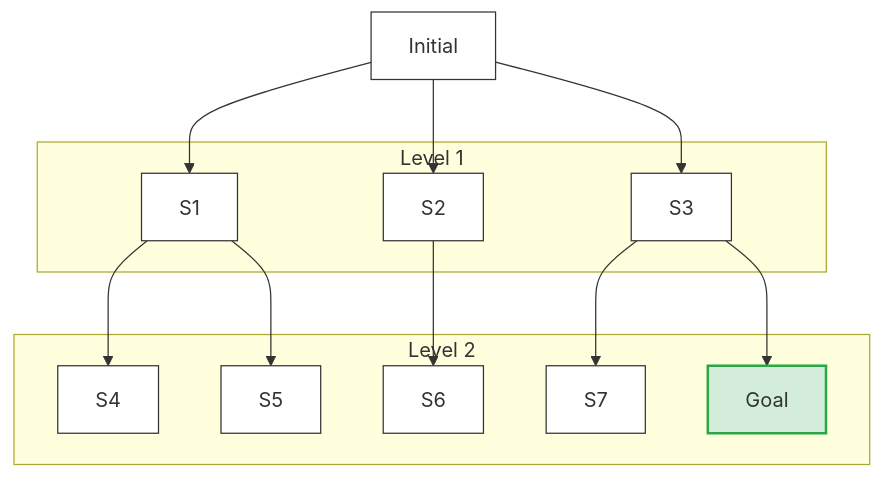
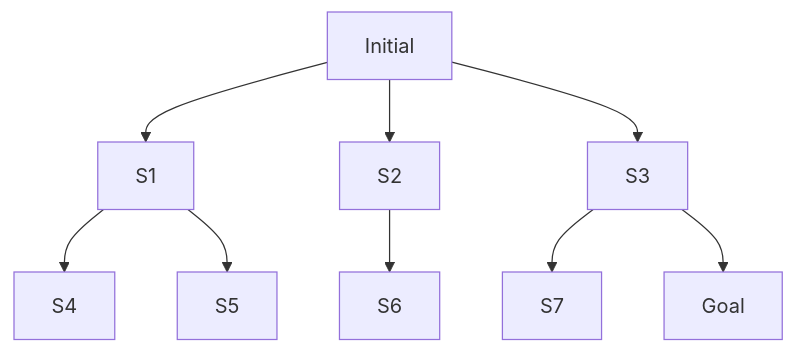
Before and after one commit to antonprafanto/dasarAI2026: the second of 5 diagrams in bab-02-algoritma.md, drawn with Mermaid. The commit also changed other lines of this file, not shown here.

Commit message:
Fix: Simplify Search Tree diagram - remove subgraphs and classDef

````diff
--- a/bab-02-algoritma.md
+++ b/bab-02-algoritma.md
@@ -343,32 +343,11 @@
 ```mermaid
 graph TD
     Root[Initial] --> S1
     Root --> S2
     Root --> S3
-
     S1 --> S4
     S1 --> S5
     S2 --> S6
     S3 --> S7
     S3 --> Goal[Goal]
-
-    classDef plain fill:#fff,stroke:#333,stroke-width:1px;
-    classDef goal fill:#d4edda,stroke:#28a745,stroke-width:2px;
-
-    class Root,S1,S2,S3,S4,S5,S6,S7 plain;
-    class Goal goal;
-
-    subgraph Level1 [Level 1]
-    S1
-    S2
-    S3
-    end
-
-    subgraph Level2 [Level 2]
-    S4
-    S5
-    S6
-    S7
-    Goal
-    end
 ```
````
